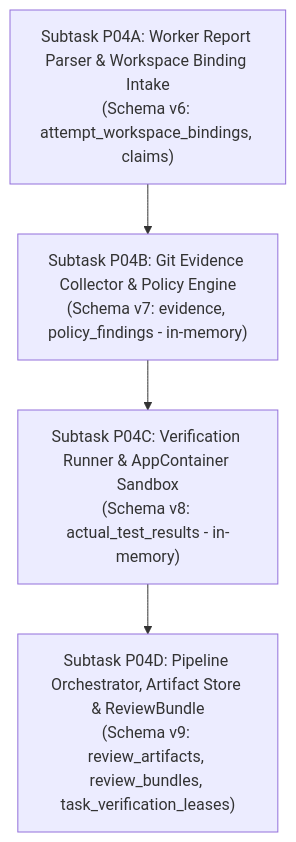
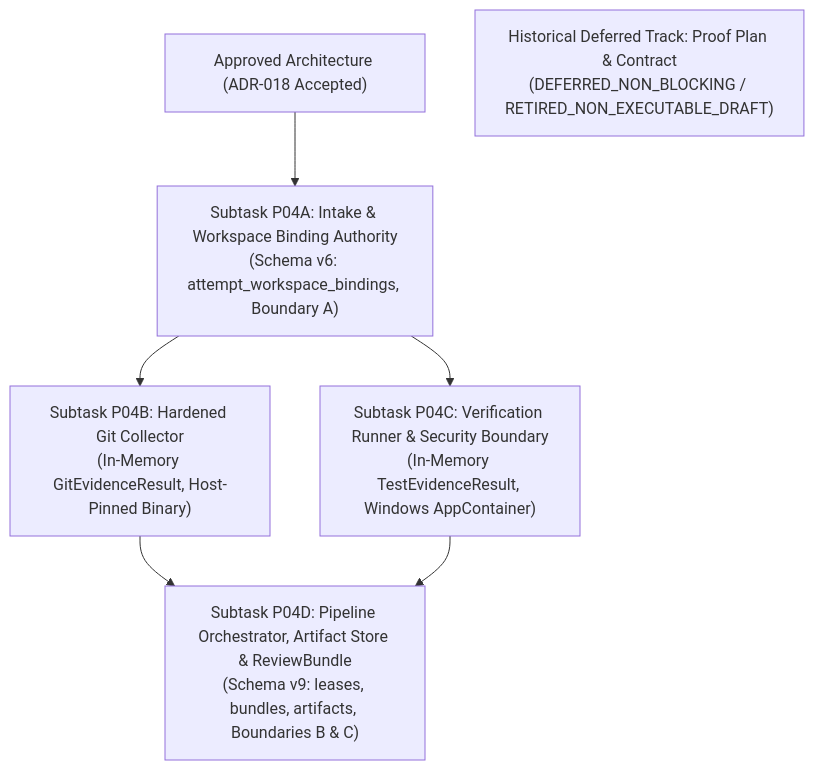
One commit to trungqwe/ai-supervisor changed the second of 2 diagrams in docs/proposals/PROPOSAL-P04-001-evidence-review-engine-boundaries.md. Above: the diagram before and after it, drawn with Mermaid. The commit also changed other lines of this file and 8 other files, not shown here.

Commit message:
docs(p04): record Re-Audit 005 and Proposal P04-002, remediate pre-contract architecture round 6

````diff
--- a/docs/proposals/PROPOSAL-P04-001-evidence-review-engine-boundaries.md
+++ b/docs/proposals/PROPOSAL-P04-001-evidence-review-engine-boundaries.md
@@ -294,7 +380,16 @@
 ```mermaid
-flowchart TD
-    P04A["Subtask P04A: Worker Report Parser & Workspace Binding Intake\n(Schema v6: attempt_workspace_bindings, claims)"] --> P04B
-    P04B["Subtask P04B: Git Evidence Collector & Policy Engine\n(Schema v7: evidence, policy_findings - in-memory)"] --> P04C
-    P04C["Subtask P04C: Verification Runner & AppContainer Sandbox\n(Schema v8: actual_test_results - in-memory)"] --> P04D
-    P04D["Subtask P04D: Pipeline Orchestrator, Artifact Store & ReviewBundle\n(Schema v9: review_artifacts, review_bundles, task_verification_leases)"]
+graph TD
+    A["Approved Architecture (ADR-018 Accepted)"] --> P04A
+    P04A["Subtask P04A: Intake & Workspace Binding Authority
+(Schema v6: attempt_workspace_bindings, Boundary A)"] --> P04B
+    P04A --> P04C
+    P04B["Subtask P04B: Hardened Git Collector
+(In-Memory GitEvidenceResult, Host-Pinned Binary)"] --> P04D
+    P04C["Subtask P04C: Verification Runner & Security Boundary
+(In-Memory TestEvidenceResult, Windows AppContainer)"] --> P04D
+    P04D["Subtask P04D: Pipeline Orchestrator, Artifact Store & ReviewBundle
+(Schema v9: leases, bundles, artifacts, Boundaries B & C)"]
+
+    ProofTrack["Historical Deferred Track: Proof Plan & Contract
+(DEFERRED_NON_BLOCKING / RETIRED_NON_EXECUTABLE_DRAFT)"]
 ```
````
